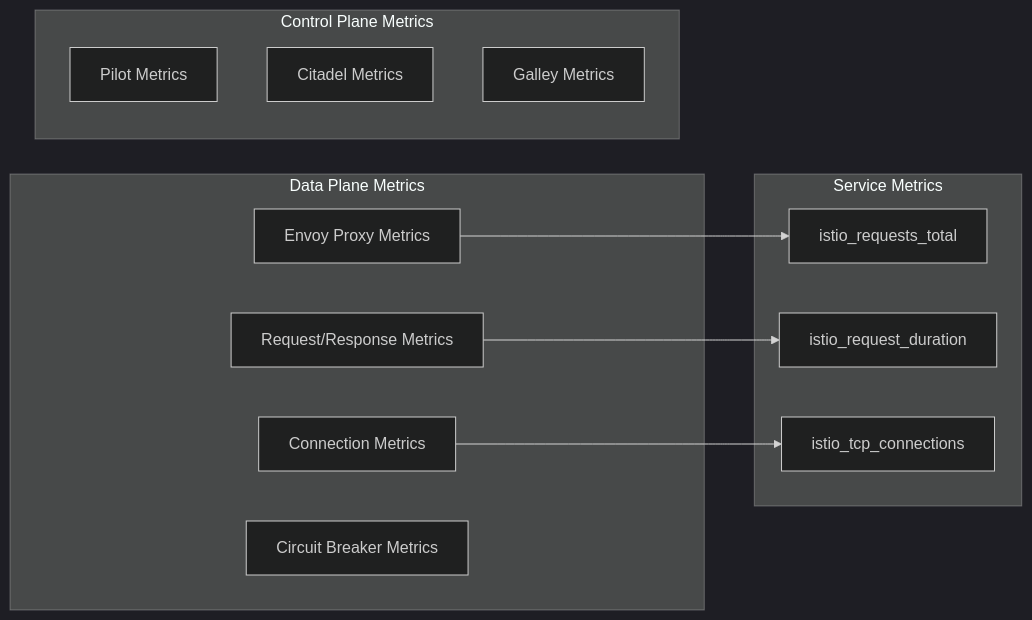
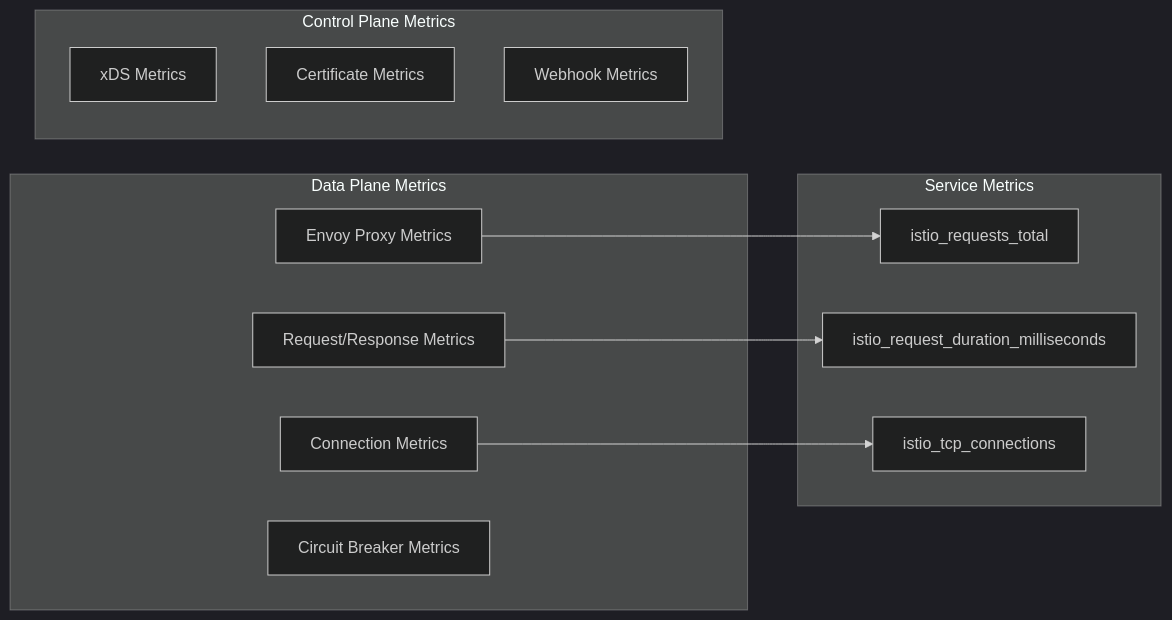
The second of 5 diagrams in posts/2026-01-07-istio-prometheus-grafana-monitoring/README.md (OneUptime/blog), drawn with Mermaid (dark theme) before and after one commit. The commit also changed other lines of this file and 2 other files, not shown here.

Commit message:
validate: 2026-01-07-istio-prometheus-grafana-monitoring

````diff
--- a/posts/2026-01-07-istio-prometheus-grafana-monitoring/README.md
+++ b/posts/2026-01-07-istio-prometheus-grafana-monitoring/README.md
@@ -57,25 +57,25 @@
 ```mermaid
 graph LR
     subgraph "Data Plane Metrics"
         A[Envoy Proxy Metrics]
         B[Request/Response Metrics]
         C[Connection Metrics]
         D[Circuit Breaker Metrics]
     end
 
     subgraph "Control Plane Metrics"
-        E[Pilot Metrics]
-        F[Citadel Metrics]
-        G[Galley Metrics]
+        E[xDS Metrics]
+        F[Certificate Metrics]
+        G[Webhook Metrics]
     end
 
     subgraph "Service Metrics"
         H[istio_requests_total]
-        I[istio_request_duration]
+        I[istio_request_duration_milliseconds]
         J[istio_tcp_connections]
     end
 
     A --> H
     B --> I
     C --> J
 ```
````
